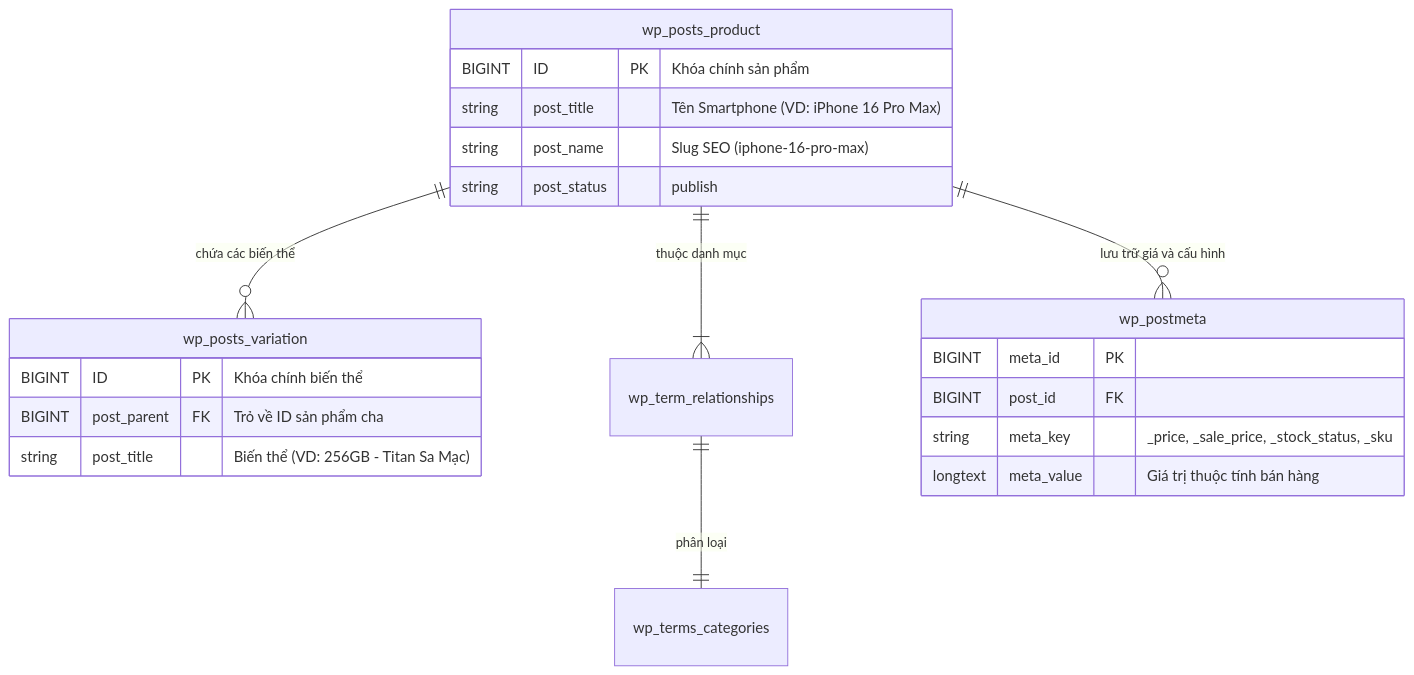
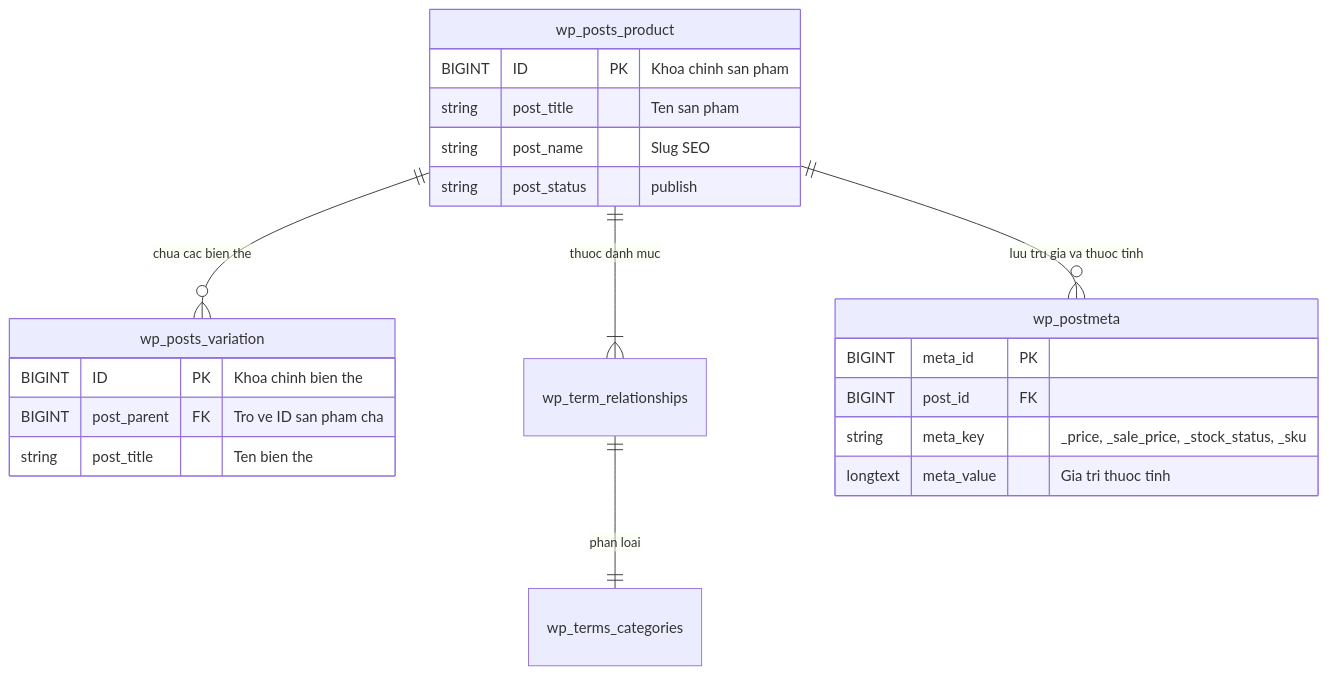
One commit to Adui99/KTD_Wordpress_Ecommerce changed the diagram in README.md. Above: the diagram before and after it, drawn with Mermaid. The commit also changed other lines of this file, not shown here.

Commit message:
docs: Update README with team KTD members (VLSC), technical architecture, and clean formatting

````diff
--- a/README.md
+++ b/README.md
@@ -36,27 +36,27 @@
 ```mermaid
 erDiagram
-    wp_posts_product ||--o{ wp_posts_variation : "chứa các biến thể"
-    wp_posts_product ||--|{ wp_term_relationships : "thuộc danh mục"
-    wp_term_relationships ||--|| wp_terms_categories : "phân loại"
-    wp_posts_product ||--o{ wp_postmeta : "lưu trữ giá và cấu hình"
+    wp_posts_product ||--o{ wp_posts_variation : "chua cac bien the"
+    wp_posts_product ||--|{ wp_term_relationships : "thuoc danh muc"
+    wp_term_relationships ||--|| wp_terms_categories : "phan loai"
+    wp_posts_product ||--o{ wp_postmeta : "luu tru gia va thuoc tinh"
 
     wp_posts_product {
-        BIGINT ID PK "Khóa chính sản phẩm"
-        string post_title "Tên Smartphone (VD: iPhone 16 Pro Max)"
-        string post_name "Slug SEO (iphone-16-pro-max)"
+        BIGINT ID PK "Khoa chinh san pham"
+        string post_title "Ten san pham"
+        string post_name "Slug SEO"
         string post_status "publish"
     }
 
     wp_posts_variation {
-        BIGINT ID PK "Khóa chính biến thể"
-        BIGINT post_parent FK "Trỏ về ID sản phẩm cha"
-        string post_title "Biến thể (VD: 256GB - Titan Sa Mạc)"
+        BIGINT ID PK "Khoa chinh bien the"
+        BIGINT post_parent FK "Tro ve ID san pham cha"
+        string post_title "Ten bien the"
     }
 
     wp_postmeta {
         BIGINT meta_id PK
         BIGINT post_id FK
         string meta_key "_price, _sale_price, _stock_status, _sku"
-        longtext meta_value "Giá trị thuộc tính bán hàng"
+        longtext meta_value "Gia tri thuoc tinh"
     }
 ```
````
